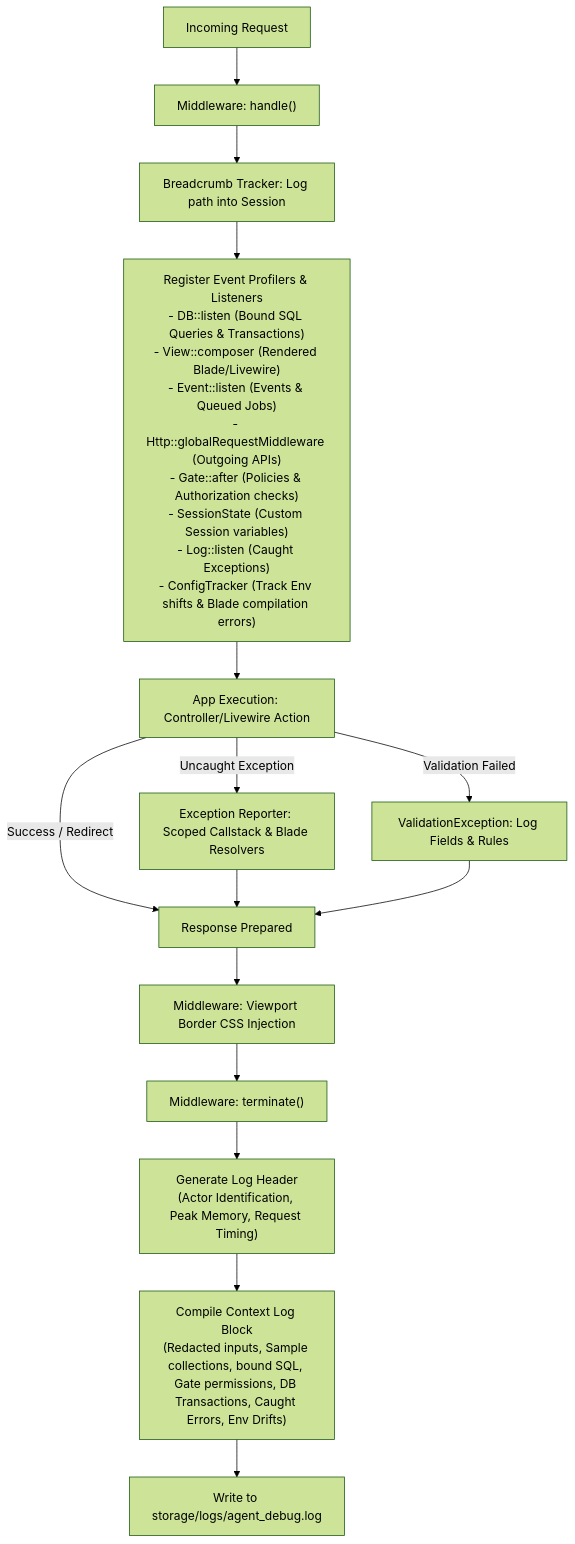
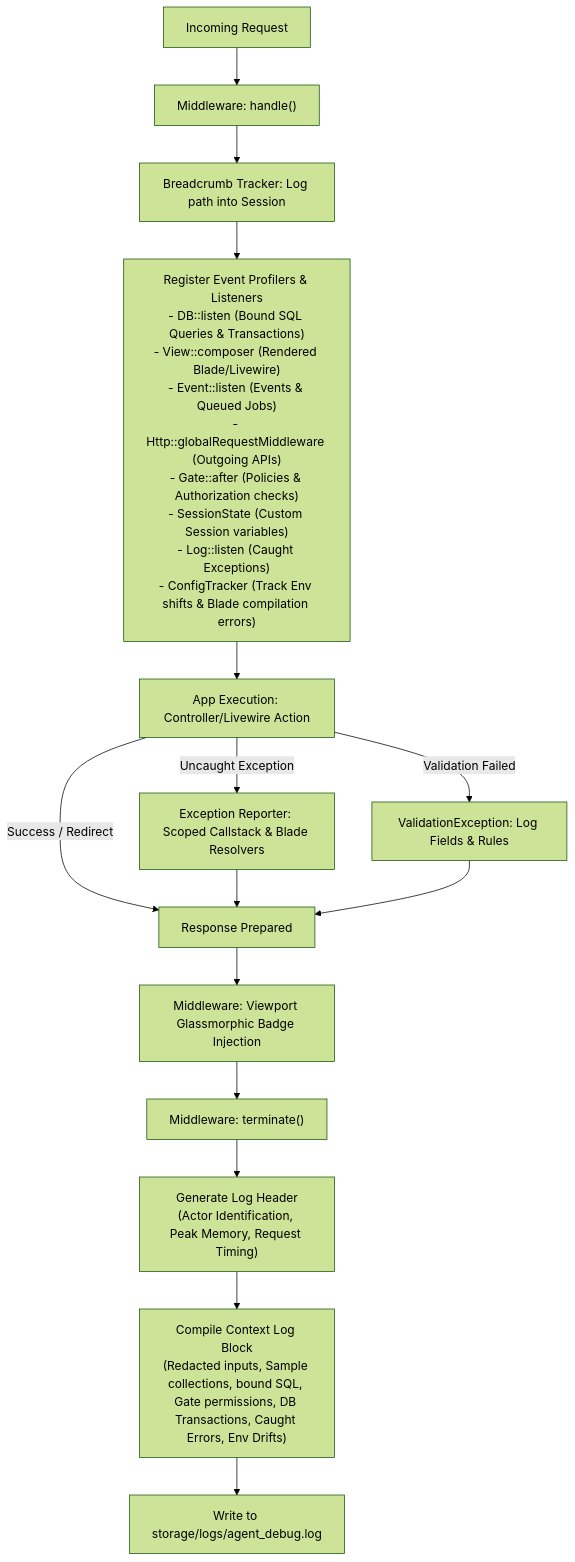
The diagram in docs/vision.md (ahtesham-clcbws/laravel-agents-debug), drawn with Mermaid (forest theme) before and after one commit. The commit also changed 2 other files, not shown here.

Commit message:
docs: align all references to the legacy viewport border to point to the new glassmorphic status badge

````diff
--- a/docs/vision.md
+++ b/docs/vision.md
@@ -41,26 +41,26 @@
 ```mermaid
 graph TD
     A["Incoming Request"] --> B["Middleware: handle()"]
     
     B --> C["Breadcrumb Tracker: Log path into Session"]
     
     C --> D["Register Event Profilers & Listeners<br>- DB::listen (Bound SQL Queries & Transactions)<br>- View::composer (Rendered Blade/Livewire)<br>- Event::listen (Events & Queued Jobs)<br>- Http::globalRequestMiddleware (Outgoing APIs)<br>- Gate::after (Policies & Authorization checks)<br>- SessionState (Custom Session variables)<br>- Log::listen (Caught Exceptions)<br>- ConfigTracker (Track Env shifts & Blade compilation errors)"]
     
     D --> E["App Execution: Controller/Livewire Action"]
     
     E -- "Uncaught Exception" --> F["Exception Reporter: Scoped Callstack & Blade Resolvers"]
     E -- "Validation Failed" --> G["ValidationException: Log Fields & Rules"]
     E -- "Success / Redirect" --> H["Response Prepared"]
     
     F --> H
     G --> H
     
-    H --> I["Middleware: Viewport Border CSS Injection"]
+    H --> I["Middleware: Viewport Glassmorphic Badge Injection"]
     I --> J["Middleware: terminate()"]
     
     J --> K["Generate Log Header<br>(Actor Identification, Peak Memory, Request Timing)"]
     
     K --> L["Compile Context Log Block<br>(Redacted inputs, Sample collections, bound SQL, Gate permissions, DB Transactions, Caught Errors, Env Drifts)"]
     
     L --> M["Write to storage/logs/agent_debug.log"]
 ```
````
